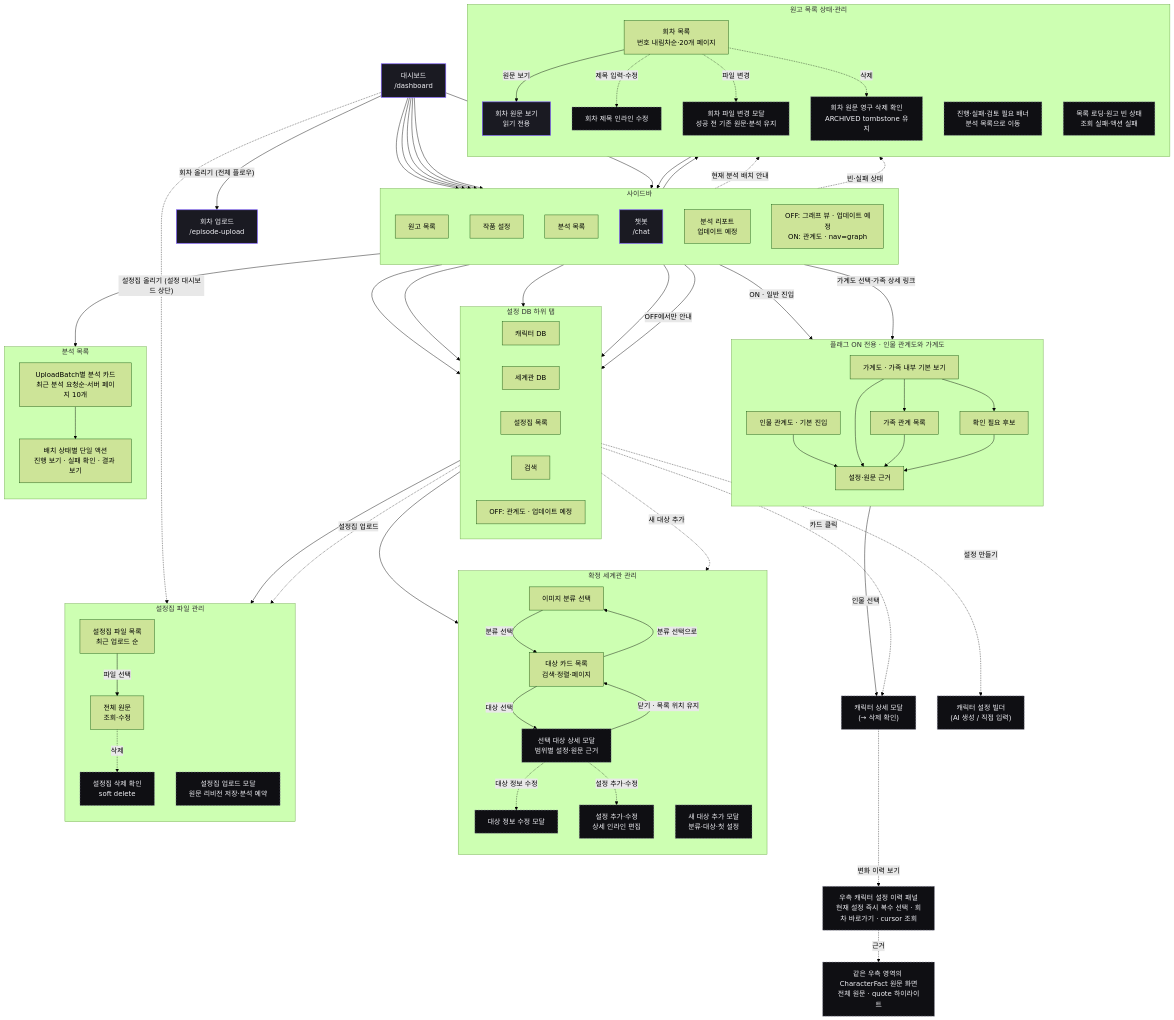
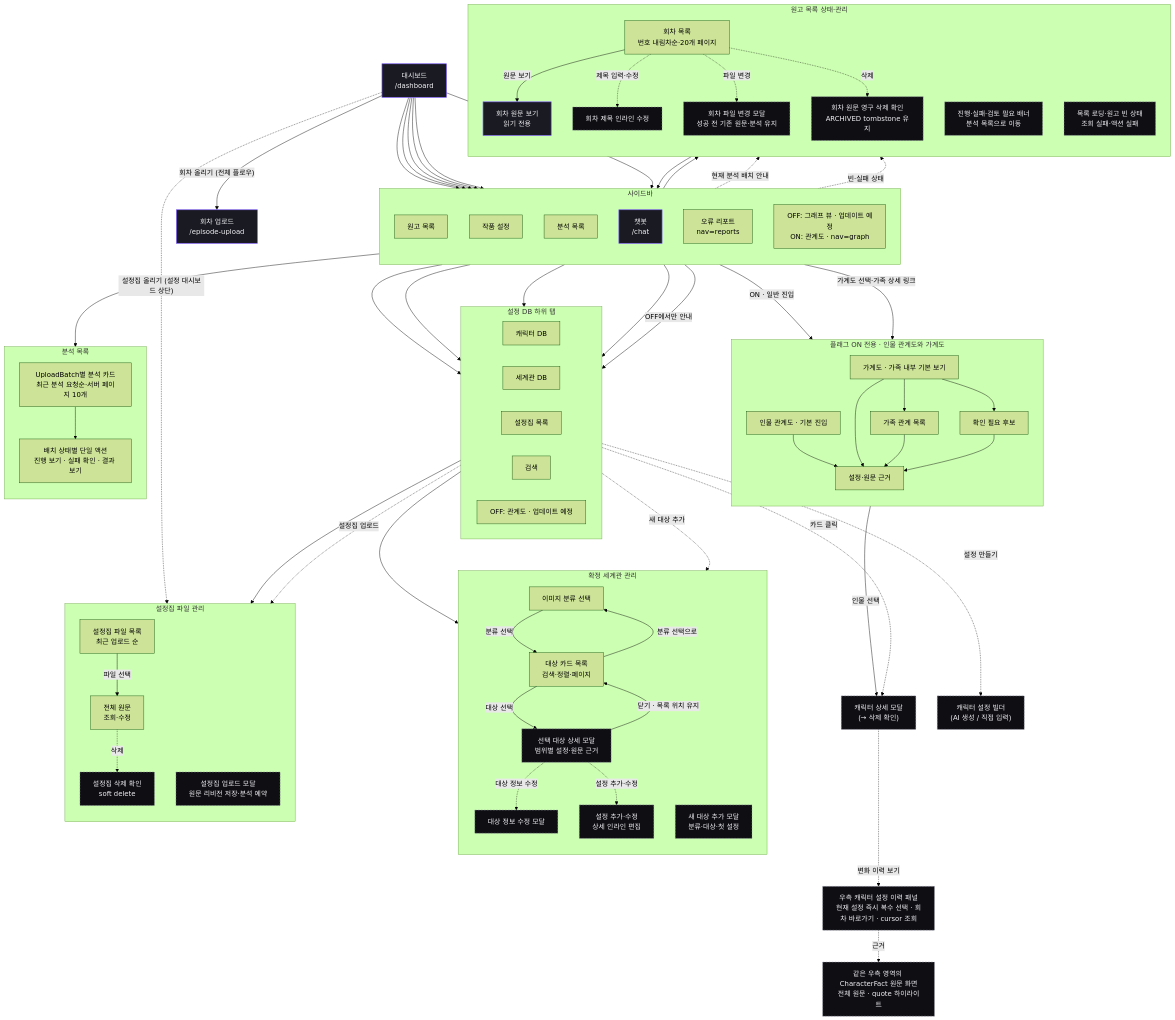
Before and after one commit to catchhole-soma/catchhole-front: the eighth of 19 diagrams in docs/screen-flow.md, drawn with Mermaid (forest theme). The commit also changed other lines of this file and 2 other files, not shown here.

First line of the commit message:
docs(validation): 오류 리포트 목록과 설정 추출 연결 흐름을 기록한다

```diff
--- a/docs/screen-flow.md
+++ b/docs/screen-flow.md
@@ -399,7 +400,7 @@
     nav_settingDB["작품 설정"]
     nav_analyses["분석 목록"]
     nav_chat["챗봇<br/>/chat"]:::private
-    nav_reports["분석 리포트<br/>업데이트 예정"]
+    nav_reports["오류 리포트<br/>nav=reports"]
     nav_graph["OFF: 그래프 뷰 · 업데이트 예정<br/>ON: 관계도 · nav=graph"]
   end
 
```
